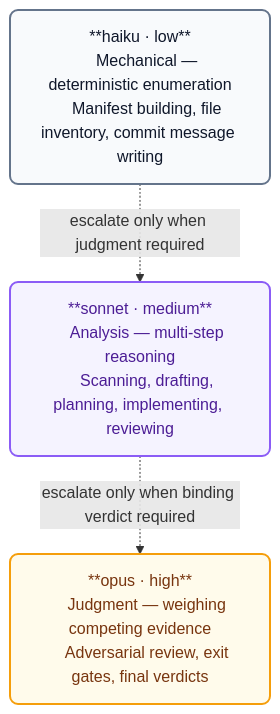
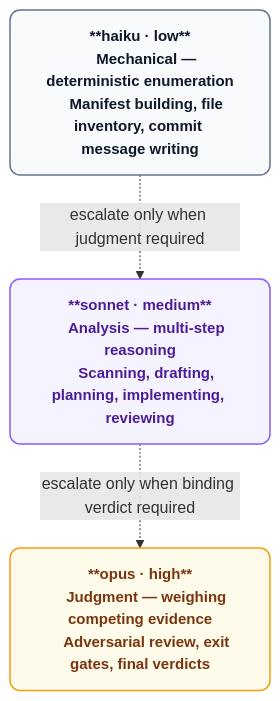
One commit to orin-dx/agent-plugins changed the fourth of 5 diagrams in ARCHITECTURE.md. Above: the diagram before and after it, drawn with Mermaid. The commit also changed other lines of this file and 211 other files, not shown here.

````diff
--- a/ARCHITECTURE.md
+++ b/ARCHITECTURE.md
@@ -119,25 +141,26 @@
 ```mermaid
+%%{init: {'flowchart': {'curve': 'basis', 'nodeSpacing': 40, 'rankSpacing': 56}}}%%
 flowchart TD
-    classDef store fill:#f8fafc,stroke:#64748b,stroke-width:2px,color:#0f172a,rx:8px,ry:8px;
-    classDef engine fill:#f5f3ff,stroke:#8b5cf6,stroke-width:2px,color:#4c1d95,rx:8px,ry:8px;
-    classDef router fill:#fffbeb,stroke:#f59e0b,stroke-width:2px,color:#78350f,rx:8px,ry:8px;
+    classDef store fill:#f8fafc,stroke:#64748b,stroke-width:1.5px,color:#0f172a,rx:10,ry:10,font-size:15px,font-weight:600;
+    classDef engine fill:#f5f3ff,stroke:#8b5cf6,stroke-width:1.5px,color:#4c1d95,rx:10,ry:10,font-size:15px,font-weight:600;
+    classDef router fill:#fffbeb,stroke:#f59e0b,stroke-width:1.5px,color:#78350f,rx:10,ry:10,font-size:15px,font-weight:600;
 
     H["**haiku · low**
     Mechanical — deterministic enumeration
     Manifest building, file inventory, commit message writing"]
 
     S["**sonnet · medium**
     Analysis — multi-step reasoning
     Scanning, drafting, planning, implementing, reviewing"]
 
     O["**opus · high**
     Judgment — weighing competing evidence
     Adversarial review, exit gates, final verdicts"]
 
     H -. "escalate only when judgment required" .-> S
     S -. "escalate only when binding verdict required" .-> O
 
     class H store
     class S engine
     class O router
 ```
````
